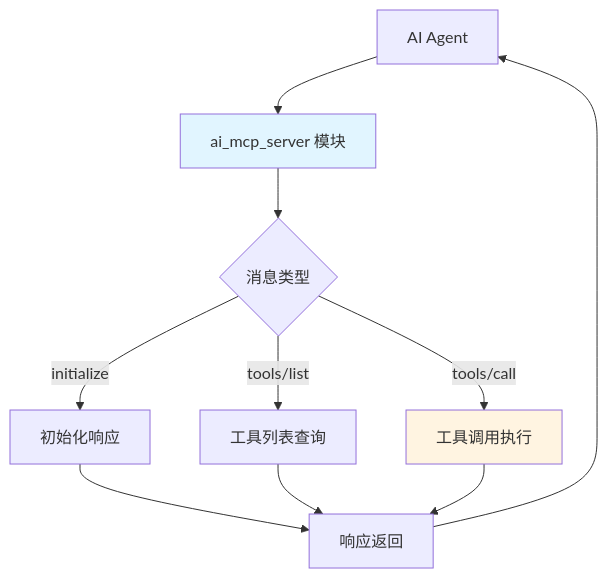
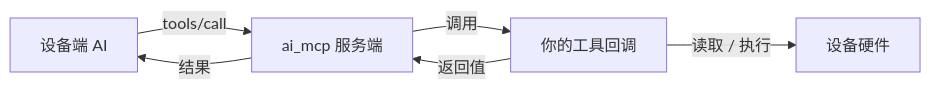
One commit to Tuya-Community/TuyaOpen.io changed the diagram in i18n/zh/docusaurus-plugin-content-docs/current/cloud/device-ai/ai-components/ai-mcp-server.md. Above: the diagram before and after it, drawn with Mermaid. The commit also changed other lines of this file and 365 other files, not shown here.

````diff
--- a/i18n/zh/docusaurus-plugin-content-docs/current/cloud/device-ai/ai-components/ai-mcp-server.md
+++ b/i18n/zh/docusaurus-plugin-content-docs/current/cloud/device-ai/ai-components/ai-mcp-server.md
@@ -35,16 +19,8 @@
 ```mermaid
-flowchart TD
-    A[AI Agent] --> B[ai_mcp_server 模块]
-    B --> C{消息类型}
-    C -->|initialize| D[初始化响应]
-    C -->|tools/list| E[工具列表查询]
-    C -->|tools/call| F[工具调用执行]
-    
-    D --> G[响应返回]
-    E --> G
-    F --> G
-    G --> A
-    
-    style B fill:#e1f5ff
-    style F fill:#fff4e1
+flowchart LR
+    AI[设备端 AI] -->|tools/call| Server[ai_mcp 服务端]
+    Server -->|调用| Tool[你的工具回调]
+    Tool -->|读取 / 执行| HW[设备硬件]
+    Tool -->|返回值| Server
+    Server -->|结果| AI
 ```
````
